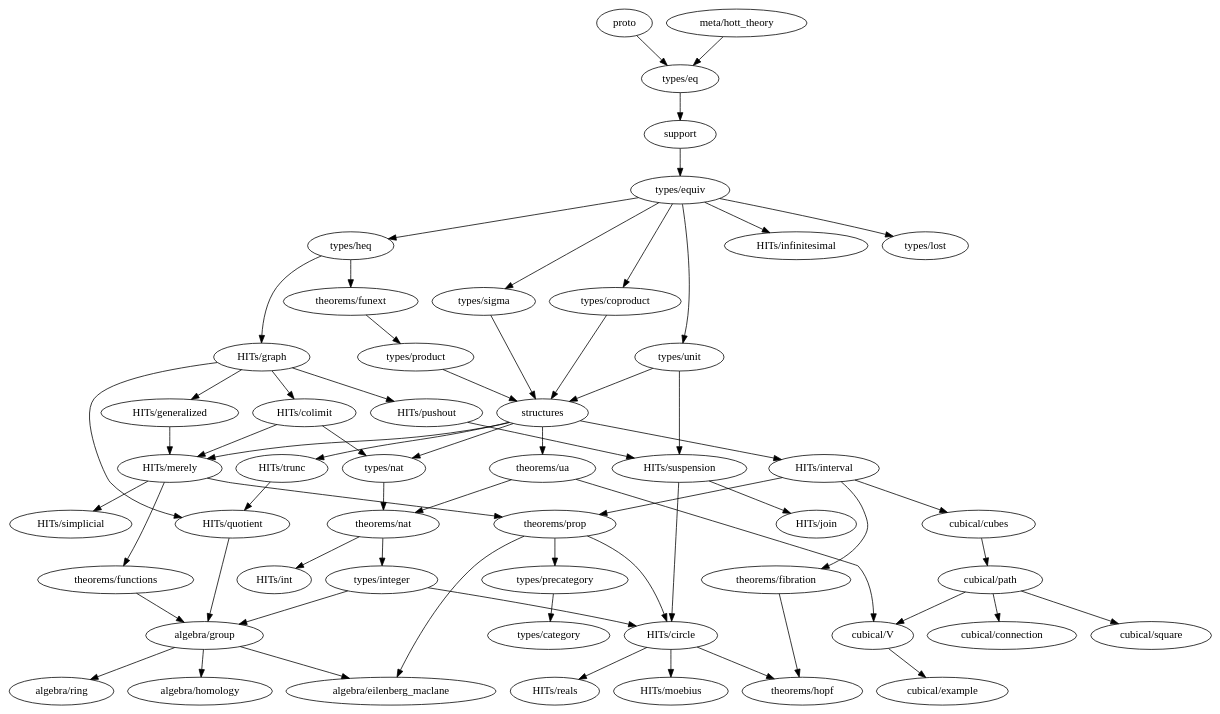
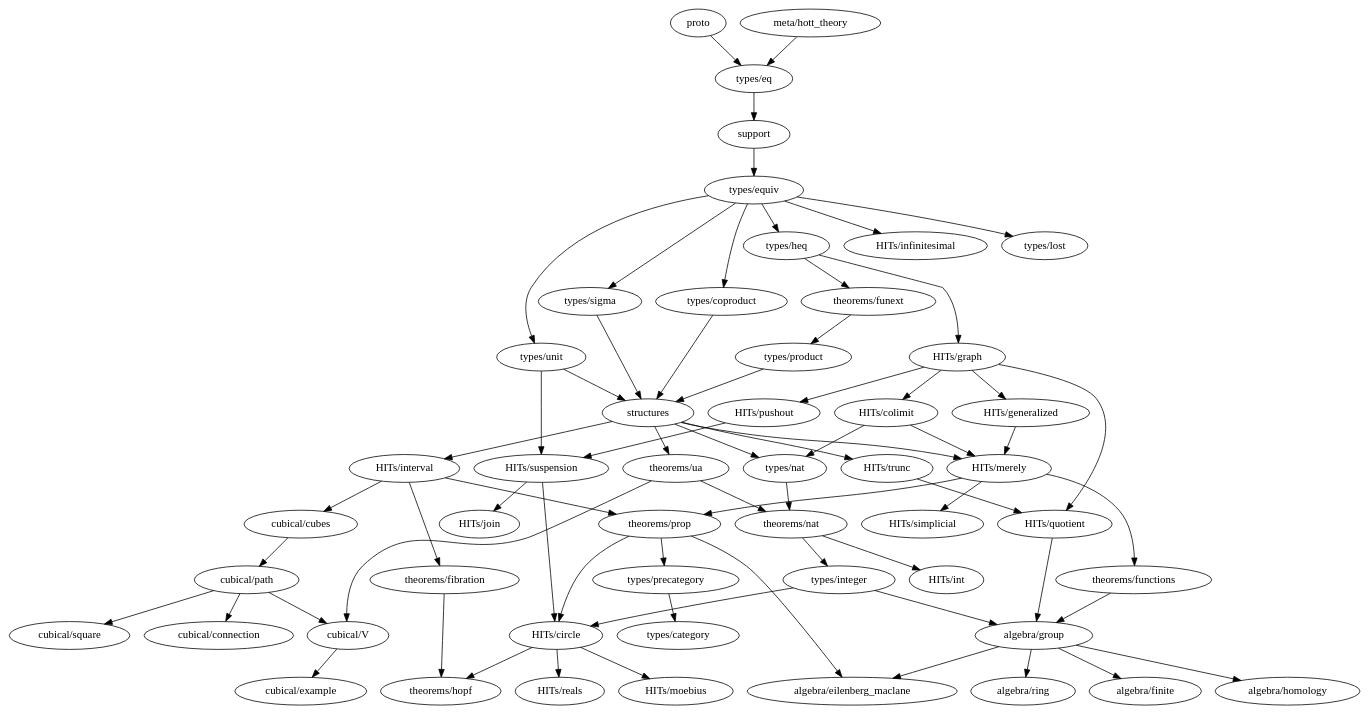
The diagram in dependency-map.gv (forked-from-1kasper/ground_zero), drawn with Graphviz before and after one commit. The commit also changed 8 other files, not shown here.

```diff
--- a/dependency-map.gv
+++ b/dependency-map.gv
@@ -1,110 +1,112 @@
 digraph dependency_map {
   proto -> "types/eq"
   "meta/hott_theory" -> "types/eq"
   support -> "types/equiv"
   structures -> {
     "HITs/interval",
     "HITs/merely",
     "HITs/trunc",
     "types/nat",
     "theorems/ua"
   }
 
   subgraph algebra {
     "algebra/eilenberg_maclane"
+    "algebra/finite"
     "algebra/group" -> {
+      "algebra/eilenberg_maclane",
+      "algebra/finite",
       "algebra/homology",
-      "algebra/eilenberg_maclane",
       "algebra/ring"
     }
     "algebra/homology"
     "algebra/ring"
   }
 
   subgraph types {
     "types/category"
     "types/coproduct" -> { structures }
     "types/eq" -> { support }
     "types/equiv" -> {
       "types/heq",
       "HITs/infinitesimal",
       "types/coproduct",
       "types/lost",
       "types/unit",
       "types/sigma"
     }
     "types/heq" -> {
       "HITs/graph", "theorems/funext"
     }
     "types/integer" -> {
       "algebra/group",
       "HITs/circle"
     }
     "types/lost"
     "types/nat" -> { "theorems/nat" }
     "types/precategory" -> { "types/category" }
     "types/product" -> { structures }
     "types/sigma" -> { structures }
     "types/unit" -> { structures, "HITs/suspension" }
   }
 
   subgraph HITs {
     "HITs/circle" -> { "theorems/hopf", "HITs/moebius", "HITs/reals" }
     "HITs/colimit" -> { "HITs/merely", "types/nat" }
     "HITs/generalized" -> "HITs/merely"
     "HITs/graph" -> {
       "HITs/colimit",
       "HITs/generalized",
       "HITs/pushout",
       "HITs/quotient"
     }
     "HITs/infinitesimal"
     "HITs/interval" -> {
       "cubical/cubes",
       "theorems/prop",
       "theorems/fibration"
     }
     "HITs/join"
     "HITs/merely" -> {
       "theorems/prop",
       "HITs/simplicial",
       "theorems/functions"
     }
     "HITs/moebius"
     "HITs/pushout" -> {
       "HITs/suspension"
     }
     "HITs/quotient" -> { "algebra/group" }
     "HITs/reals"
     "HITs/simplicial"
     "HITs/suspension" -> { "HITs/circle", "HITs/join" }
     "HITs/trunc" -> { "HITs/quotient" }
   }
 
   subgraph cubical {
     "cubical/connection"
     "cubical/cubes" -> "cubical/path"
     "cubical/example"
     "cubical/path" -> {
       "cubical/square",
       "cubical/V",
       "cubical/connection"
     }
     "cubical/square"
     "cubical/V" -> { "cubical/example" }
   }
 
   subgraph theorems {
     "theorems/fibration" -> { "theorems/hopf" }
     "theorems/functions" -> { "algebra/group" }
     "theorems/funext" -> { "types/product" }
     "theorems/hopf"
     "theorems/nat" -> { "HITs/int", "types/integer" }
     "theorems/prop" -> {
       "HITs/circle",
       "types/precategory",
       "algebra/eilenberg_maclane"
     }
     "theorems/ua" -> { "theorems/nat", "cubical/V" }
   }
 }
```
